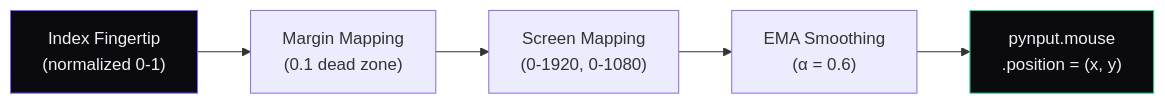
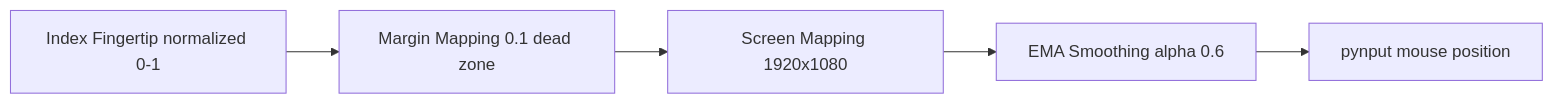
The sixth of 6 diagrams in README.md (RajTewari01/Spatial_tracer), drawn with Mermaid before and after one commit. The commit also changed other lines of this file, not shown here.

Commit message:
fix: Mermaid diagrams - remove emoji, br tags, style directives for GitHub rendering

````diff
--- a/README.md
+++ b/README.md
@@ -333,10 +320,7 @@
 ```mermaid
 flowchart LR
-    A["Index Fingertip<br/>(normalized 0-1)"] --> B["Margin Mapping<br/>(0.1 dead zone)"]
-    B --> C["Screen Mapping<br/>(0-1920, 0-1080)"]
-    C --> D["EMA Smoothing<br/>(α = 0.6)"]
-    D --> E["pynput.mouse<br/>.position = (x, y)"]
-
-    style A fill:#0a0a0f,stroke:#7c6aff,color:#f0f0f5
-    style E fill:#0a0a0f,stroke:#34d399,color:#f0f0f5
+    A["Index Fingertip normalized 0-1"] --> B["Margin Mapping 0.1 dead zone"]
+    B --> C["Screen Mapping 1920x1080"]
+    C --> D["EMA Smoothing alpha 0.6"]
+    D --> E["pynput mouse position"]
 ```
````
